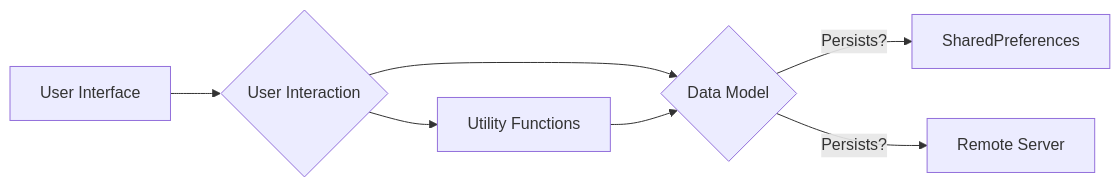
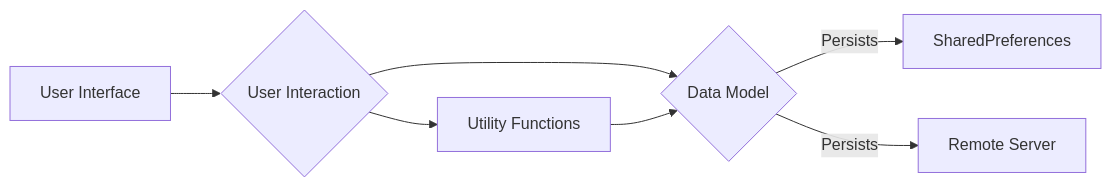
The diagram in ARCHITECTURE.md (curiousv32/Assemble), drawn with Mermaid before and after one commit. The commit also changed other lines of this file, not shown here.

````diff
--- a/ARCHITECTURE.md
+++ b/ARCHITECTURE.md
@@ -64,9 +66,9 @@
 ```mermaid
 graph LR
     A[User Interface ] --> B{User Interaction}
     B --> C{Data Model }
-    C -->|Persists?| D[SharedPreferences ]
-    C -->|Persists?| E[Remote Server ]
+    C -->|Persists| D[SharedPreferences ]
+    C -->|Persists| E[Remote Server ]
     B --> F[Utility Functions ]
     F --> C
 ```
````
